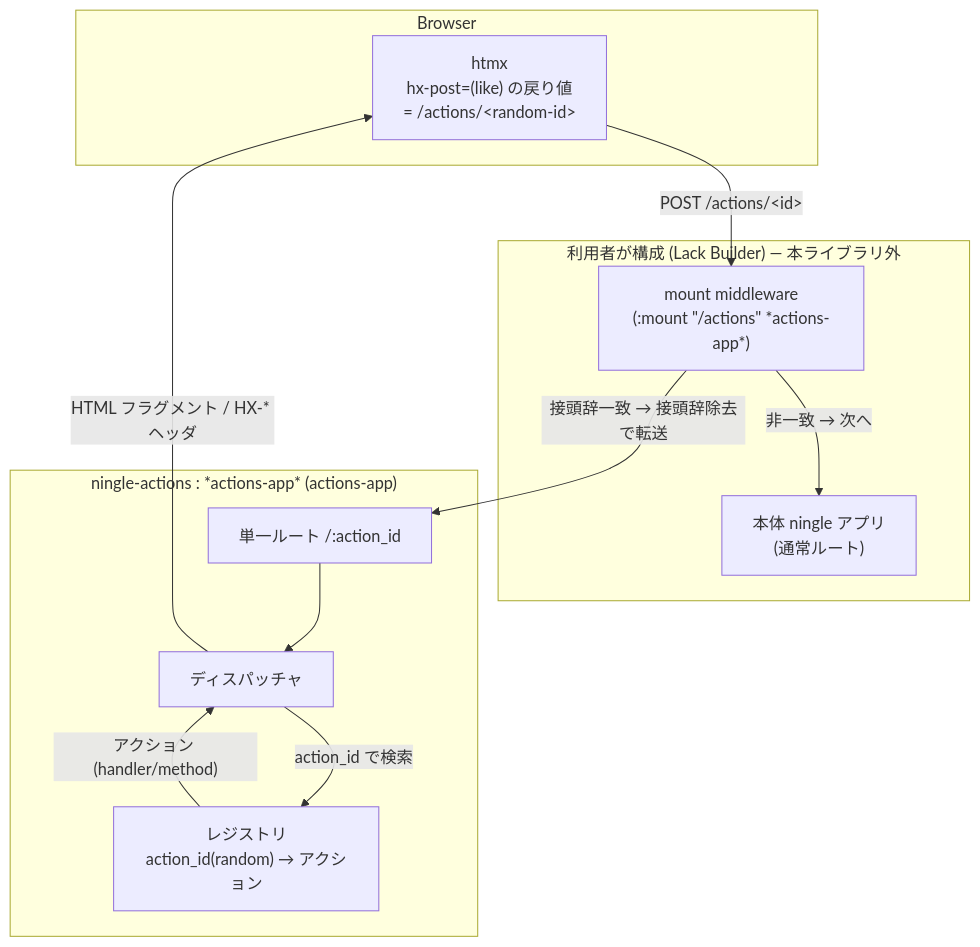
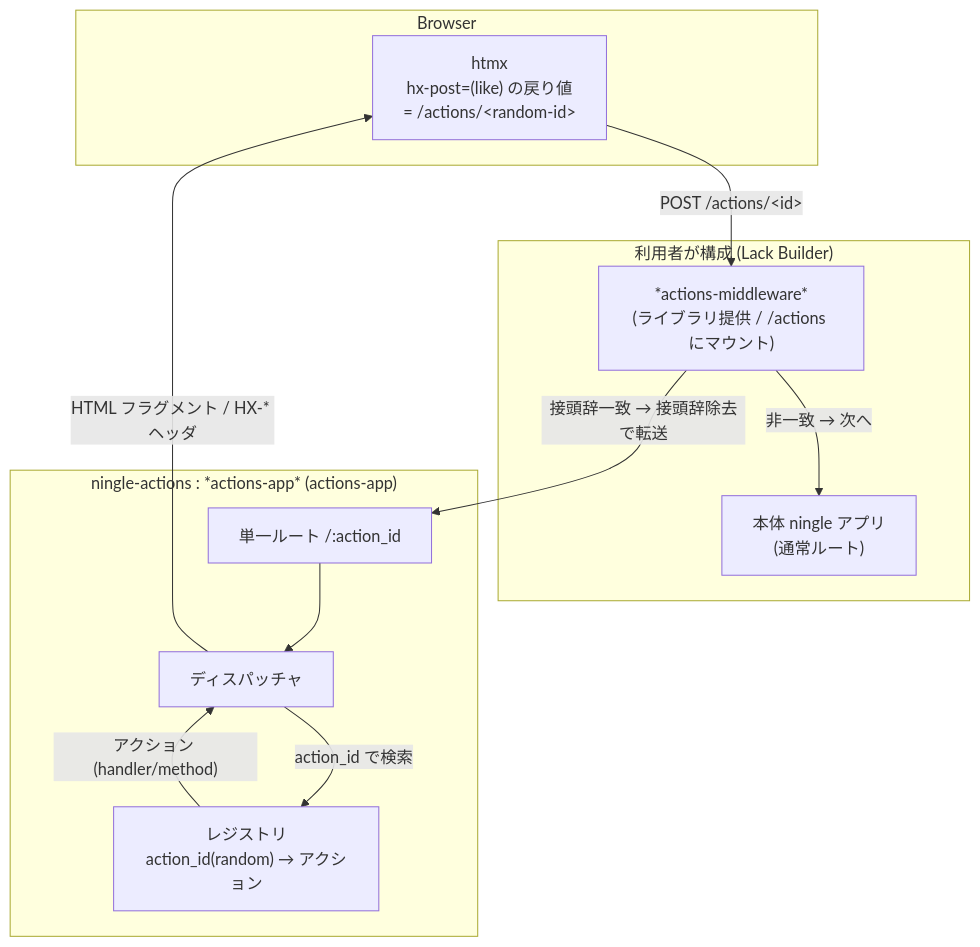
One commit to skyizwhite/ningle-actions changed the first of 6 diagrams in docs/functional-design.md. Above: the diagram before and after it, drawn with Mermaid. The commit also changed other lines of this file and 14 other files, not shown here.

````diff
--- a/docs/functional-design.md
+++ b/docs/functional-design.md
@@ -30,25 +30,25 @@
 ```mermaid
 graph TD
     subgraph Browser
         H["htmx<br/>hx-post=(like) の戻り値<br/>= /actions/&lt;random-id&gt;"]
     end
 
-    subgraph "利用者が構成 (Lack Builder) — 本ライブラリ外"
-        MW["mount middleware<br/>(:mount &quot;/actions&quot; *actions-app*)"]
+    subgraph "利用者が構成 (Lack Builder)"
+        MW["*actions-middleware*<br/>(ライブラリ提供 / /actions にマウント)"]
         MAIN["本体 ningle アプリ<br/>(通常ルート)"]
     end
 
     subgraph "ningle-actions : *actions-app* (actions-app)"
         ROUTE["単一ルート /:action_id"]
         DISP["ディスパッチャ"]
         REG["レジストリ<br/>action_id(random) → アクション"]
     end
 
     H -->|"POST /actions/&lt;id&gt;"| MW
     MW -->|"接頭辞一致 → 接頭辞除去で転送"| ROUTE
     MW -->|"非一致 → 次へ"| MAIN
     ROUTE --> DISP
     DISP -->|"action_id で検索"| REG
     REG -->|"アクション (handler/method)"| DISP
     DISP -->|"HTML フラグメント / HX-* ヘッダ"| H
 ```
````
